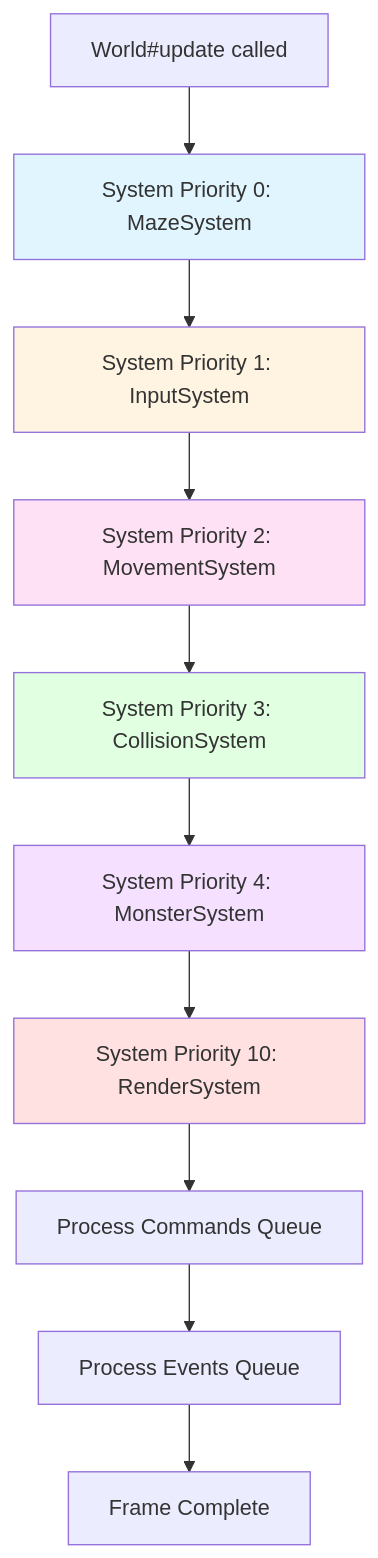
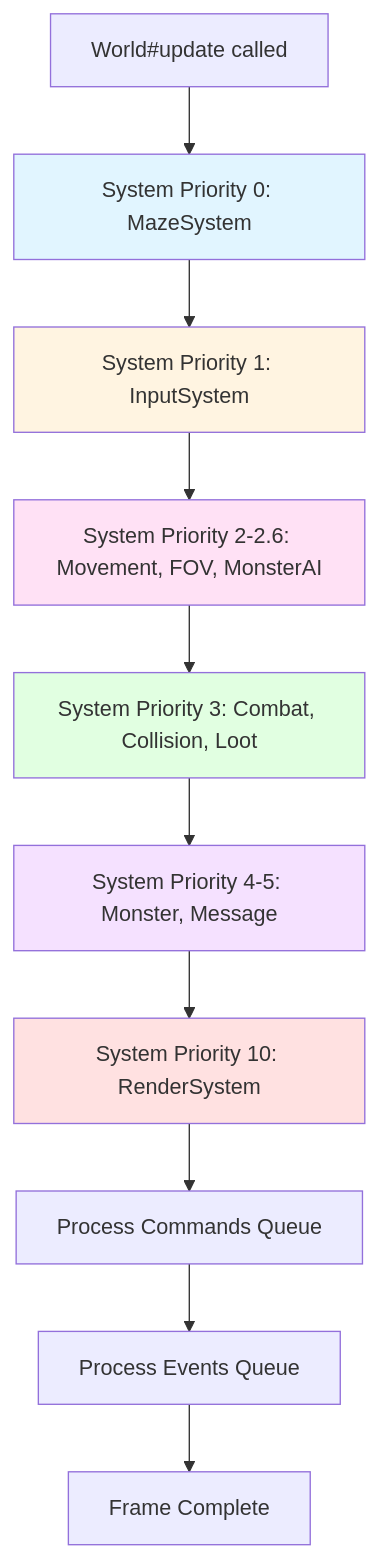
One commit to Davidslv/vanilla-roguelike changed the fourth of 12 diagrams in docs/architecture.md. Above: the diagram before and after it, drawn with Mermaid. The commit also changed other lines of this file and 5 other files, not shown here.

````diff
--- a/docs/architecture.md
+++ b/docs/architecture.md
@@ -233,19 +243,19 @@
 ```mermaid
 flowchart TD
     A[World#update called] --> B[System Priority 0: MazeSystem]
     B --> C[System Priority 1: InputSystem]
-    C --> D[System Priority 2: MovementSystem]
-    D --> E[System Priority 3: CollisionSystem]
-    E --> F[System Priority 4: MonsterSystem]
+    C --> D[System Priority 2-2.6: Movement, FOV, MonsterAI]
+    D --> E[System Priority 3: Combat, Collision, Loot]
+    E --> F[System Priority 4-5: Monster, Message]
     F --> G[System Priority 10: RenderSystem]
     G --> H[Process Commands Queue]
     H --> I[Process Events Queue]
     I --> J[Frame Complete]
 
     style B fill:#e1f5ff
     style C fill:#fff4e1
     style D fill:#ffe1f5
     style E fill:#e1ffe1
     style F fill:#f5e1ff
     style G fill:#ffe1e1
 ```
````
